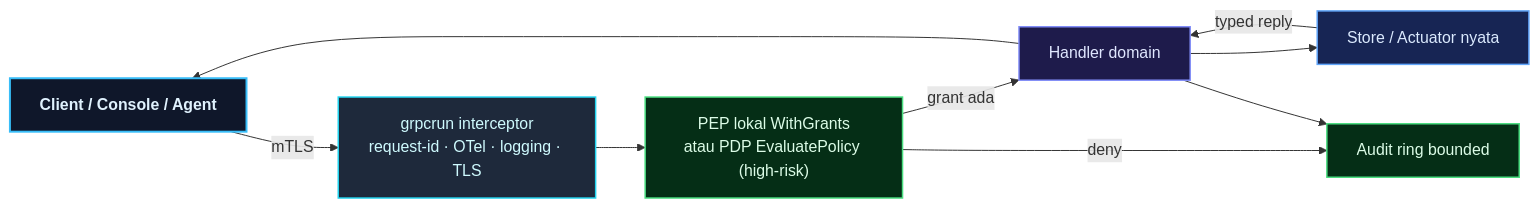
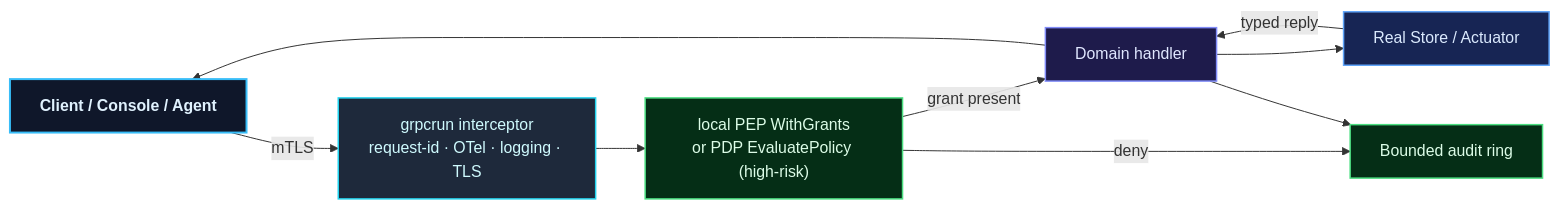
Before and after one commit to renaldyhidayatt/renaldyhidayatt.github.io: the fifth of 7 diagrams in src/content/portfolio/pieroloka-golang.mdx, drawn with Mermaid. The commit also changed other lines of this file and 97 other files, not shown here.

````diff
--- a/src/content/portfolio/pieroloka-golang.mdx
+++ b/src/content/portfolio/pieroloka-golang.mdx
@@ -328,24 +329,24 @@
 ```mermaid
 flowchart LR
     classDef client fill:#0f172a,stroke:#38bdf8,color:#e0f2fe,stroke-width:2px,font-weight:bold
     classDef gw fill:#1e293b,stroke:#22d3ee,color:#cffafe,stroke-width:1.5px
     classDef svc fill:#1e1b4b,stroke:#818cf8,color:#e0e7ff,stroke-width:1.5px
     classDef sec fill:#052e16,stroke:#4ade80,color:#dcfce7,stroke-width:1.5px
     classDef store fill:#172554,stroke:#60a5fa,color:#dbeafe,stroke-width:1.5px
 
     C["Client / Console / Agent"]:::client
     MW["grpcrun interceptor<br/>request-id · OTel · logging · TLS"]:::gw
-    GRANT["PEP lokal WithGrants<br/>atau PDP EvaluatePolicy (high-risk)"]:::sec
-    SVC["Handler domain"]:::svc
-    STORE["Store / Actuator nyata"]:::store
-    AUD["Audit ring bounded"]:::sec
+    GRANT["local PEP WithGrants<br/>or PDP EvaluatePolicy (high-risk)"]:::sec
+    SVC["Domain handler"]:::svc
+    STORE["Real Store / Actuator"]:::store
+    AUD["Bounded audit ring"]:::sec
 
     C -->|"mTLS"| MW
     MW --> GRANT
-    GRANT -->|"grant ada"| SVC
+    GRANT -->|"grant present"| SVC
     GRANT -->|"deny"| AUD
     SVC --> STORE
     SVC --> AUD
     STORE -->|"typed reply"| SVC
     SVC --> C
 ```
````
